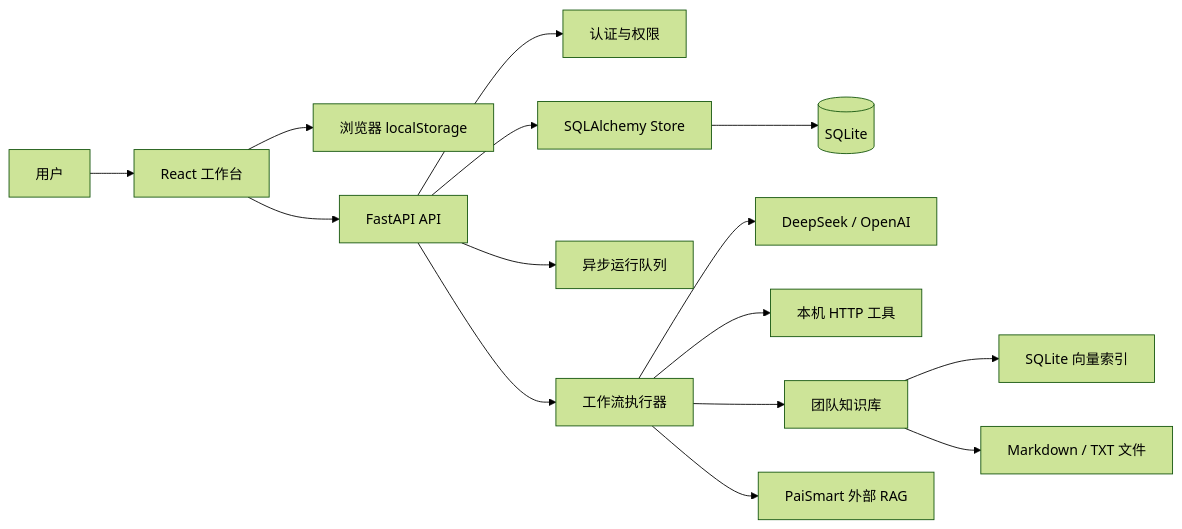
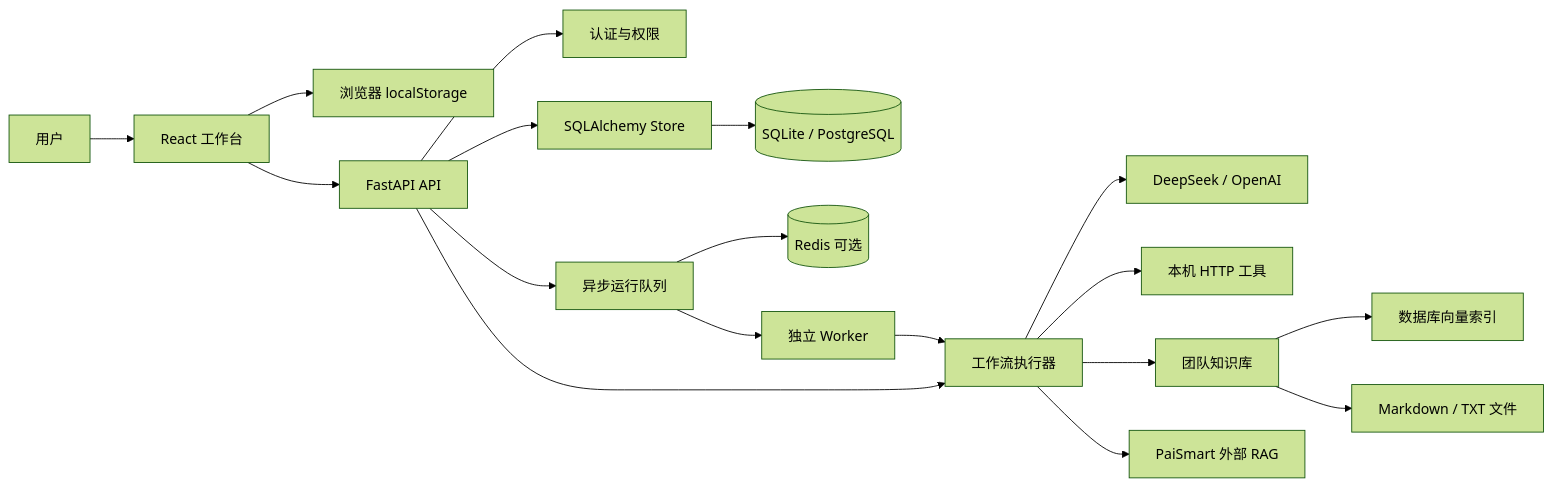
The first of 3 diagrams in docs/architecture.md (996963759/workflow-studio), drawn with Mermaid (forest theme) before and after one commit. The commit also changed other lines of this file and 16 other files, not shown here.

````diff
--- a/docs/architecture.md
+++ b/docs/architecture.md
@@ -5,17 +5,20 @@
 ```mermaid
 flowchart LR
   User[用户] --> UI[React 工作台]
   UI --> Local[浏览器 localStorage]
   UI --> API[FastAPI API]
   API --> Auth[认证与权限]
   API --> Store[SQLAlchemy Store]
-  Store --> DB[(SQLite)]
+  Store --> DB[(SQLite / PostgreSQL)]
   API --> Jobs[异步运行队列]
-  API --> Runner[工作流执行器]
+  Jobs --> Redis[(Redis 可选)]
+  Jobs --> Worker[独立 Worker]
+  Worker --> Runner[工作流执行器]
+  API --> Runner
   Runner --> LLM[DeepSeek / OpenAI]
   Runner --> Tool[本机 HTTP 工具]
   Runner --> KB[团队知识库]
-  KB --> Vector[SQLite 向量索引]
+  KB --> Vector[数据库向量索引]
   KB --> Files[Markdown / TXT 文件]
   Runner --> PaiSmart[PaiSmart 外部 RAG]
 ```
````
